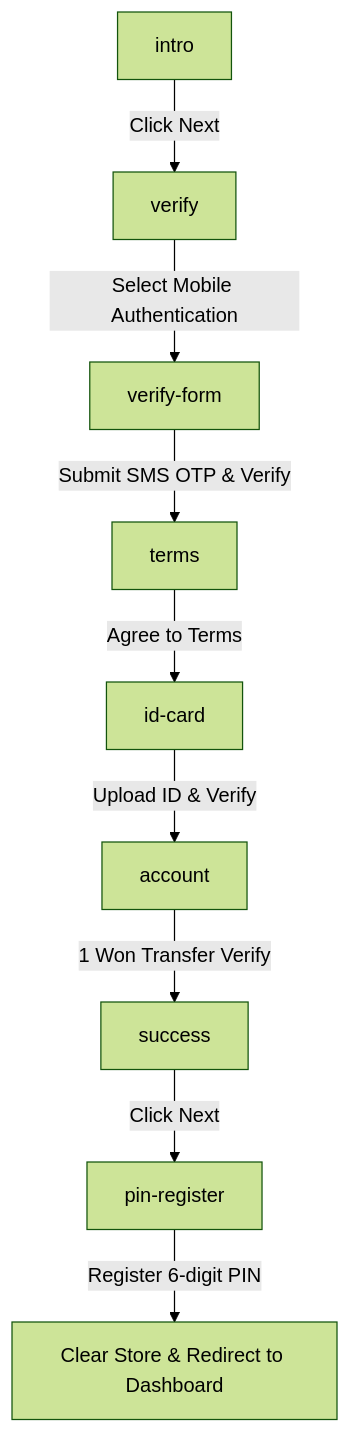
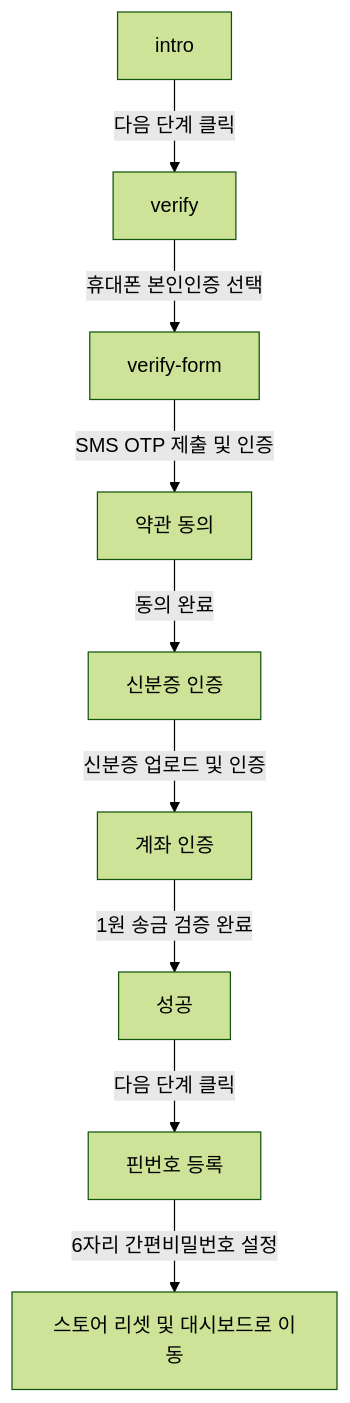
The diagram in docs/superpowers/specs/2026-06-11-onboarding-funnel-refactoring-design.md (sunub/for-digital-divide), drawn with Mermaid (forest theme) before and after one commit. The commit also changed other lines of this file, not shown here.

````diff
--- a/docs/superpowers/specs/2026-06-11-onboarding-funnel-refactoring-design.md
+++ b/docs/superpowers/specs/2026-06-11-onboarding-funnel-refactoring-design.md
@@ -20,11 +17,11 @@
 ```mermaid
 graph TD
-    A[intro] -->|Click Next| B[verify]
-    B -->|Select Mobile Authentication| C[verify-form]
-    C -->|Submit SMS OTP & Verify| D[terms]
-    D -->|Agree to Terms| E[id-card]
-    E -->|Upload ID & Verify| F[account]
-    F -->|1 Won Transfer Verify| G[success]
-    G -->|Click Next| H[pin-register]
-    H -->|Register 6-digit PIN| I[Clear Store & Redirect to Dashboard]
+    A[intro] -->|다음 단계 클릭| B[verify]
+    B -->|휴대폰 본인인증 선택| C[verify-form]
+    C -->|SMS OTP 제출 및 인증| D[약관 동의]
+    D -->|동의 완료| E[신분증 인증]
+    E -->|신분증 업로드 및 인증| F[계좌 인증]
+    F -->|1원 송금 검증 완료| G[성공]
+    G -->|다음 단계 클릭| H[핀번호 등록]
+    H -->|6자리 간편비밀번호 설정| I[스토어 리셋 및 대시보드로 이동]
 ```
````
